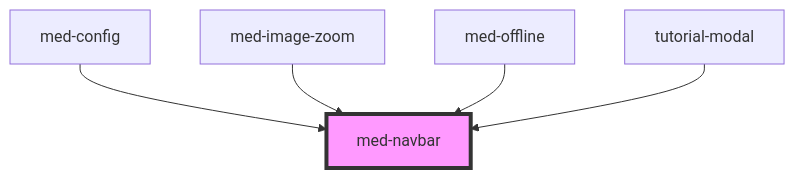
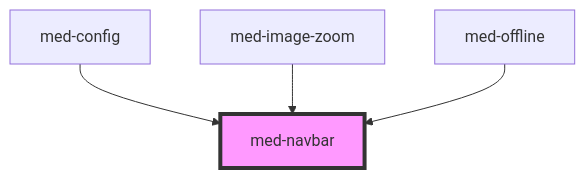
Before and after one commit to MEDGRUPOGIT/ionic-framework-1: the diagram in core/src/components/@templarios/compositions/med-navbar/readme.md, drawn with Mermaid. The commit also changed other lines of this file and 11 other files, not shown here.

````diff
--- a/core/src/components/@templarios/compositions/med-navbar/readme.md
+++ b/core/src/components/@templarios/compositions/med-navbar/readme.md
@@ -26,8 +25,7 @@
 ```mermaid
 graph TD;
   med-config --> med-navbar
   med-image-zoom --> med-navbar
   med-offline --> med-navbar
-  tutorial-modal --> med-navbar
   style med-navbar fill:#f9f,stroke:#333,stroke-width:4px
 ```
````
